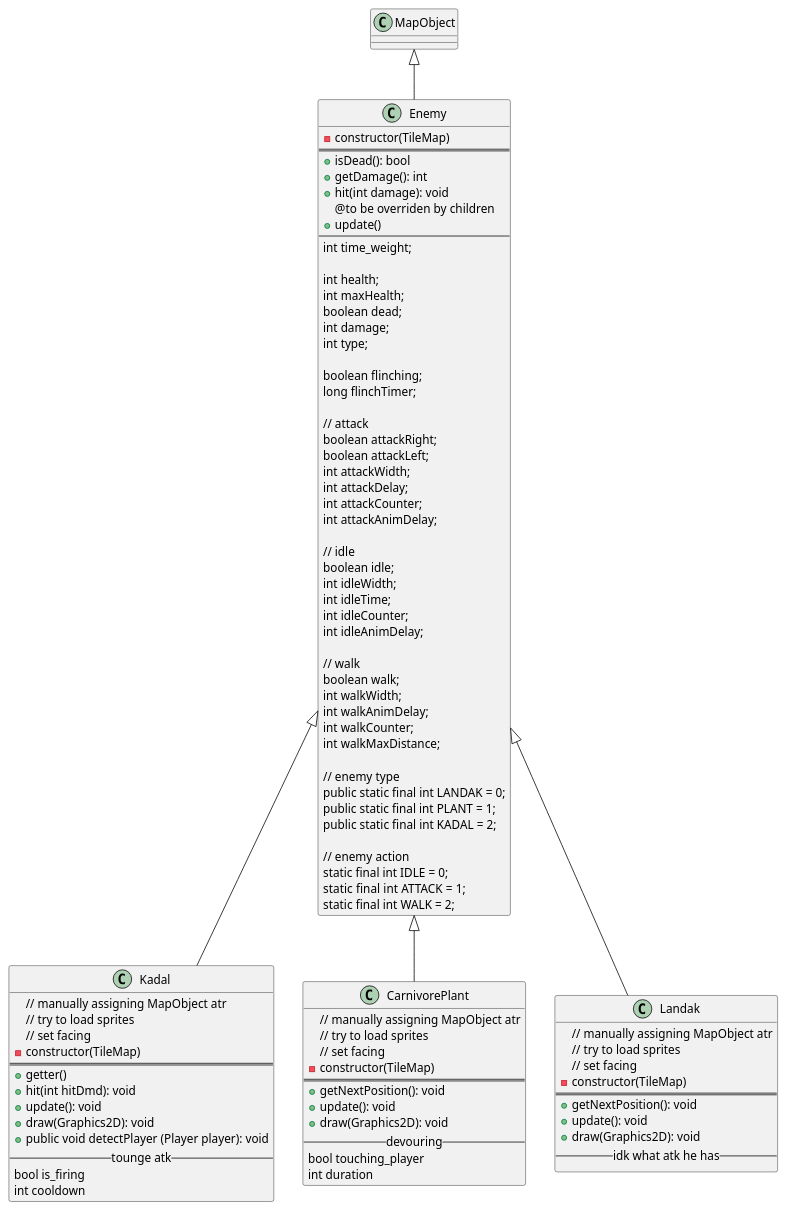
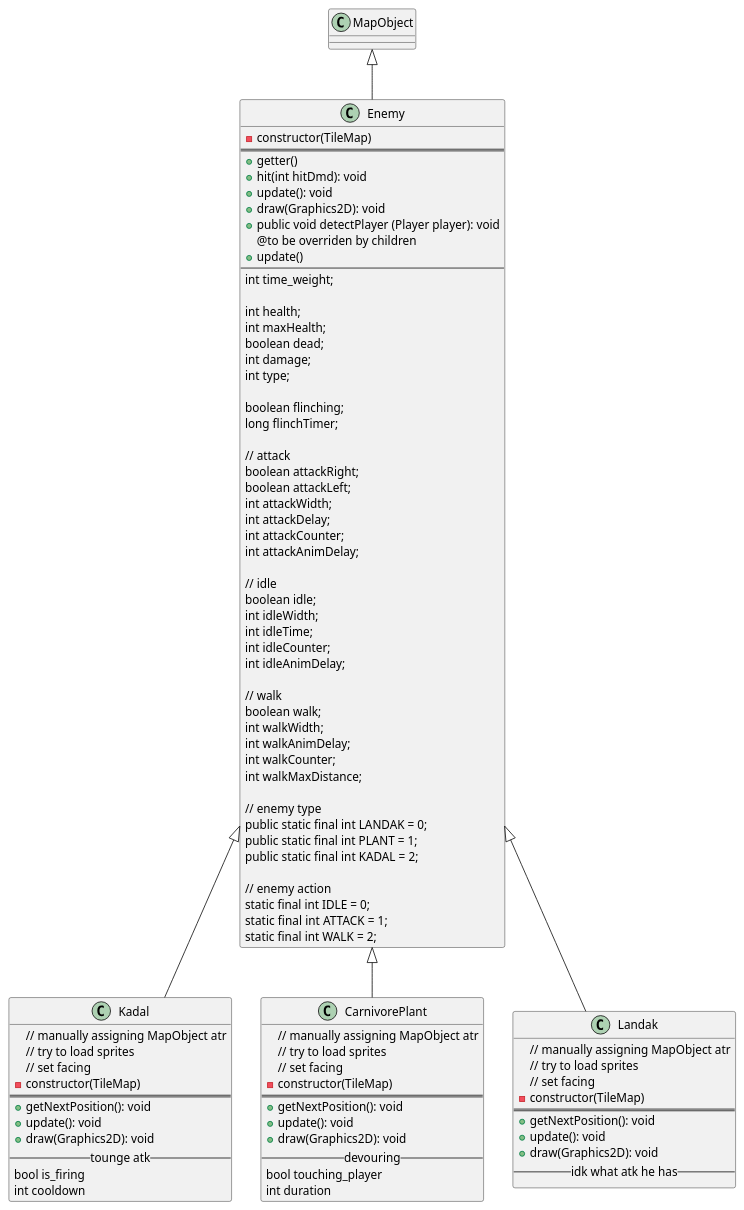
Before and after one commit to ryohilmi/peebojump: the diagram in src/Diagram/EntityClassDiagram/Enemy.puml, drawn with PlantUML.

Commit message:
feat: fix Diagram Enemy dan kadal

```diff
--- a/src/Diagram/EntityClassDiagram/Enemy.puml
+++ b/src/Diagram/EntityClassDiagram/Enemy.puml
@@ -1,96 +1,96 @@
 @startuml
 class Enemy extends MapObject{
 - constructor(TileMap)
 ==
-+ isDead(): bool
-+ getDamage(): int
-+ hit(int damage): void
++ getter()
++ hit(int hitDmd): void
++ update(): void
++ draw(Graphics2D): void
++ public void detectPlayer (Player player): void
 @to be overriden by children
 + update()
 --
 int time_weight;
 
 int health;
 int maxHealth;
 boolean dead;
 int damage;
 int type;
 
 boolean flinching;
 long flinchTimer;
 
 // attack
 boolean attackRight;
 boolean attackLeft;
 int attackWidth;
 int attackDelay;
 int attackCounter;
 int attackAnimDelay;
 
 // idle
 boolean idle;
 int idleWidth;
 int idleTime;
 int idleCounter;
 int idleAnimDelay;
 
 // walk
 boolean walk;
 int walkWidth;
 int walkAnimDelay;
 int walkCounter;
 int walkMaxDistance;
 
 // enemy type
 public static final int LANDAK = 0;
 public static final int PLANT = 1;
 public static final int KADAL = 2;
 
 // enemy action
 static final int IDLE = 0;
 static final int ATTACK = 1;
 static final int WALK = 2;
 }
 class Kadal {
 // manually assigning MapObject atr
 // try to load sprites
 // set facing
 - constructor(TileMap)
 ==
-+ getter()
-+ hit(int hitDmd): void
++ getNextPosition(): void
 + update(): void
 + draw(Graphics2D): void
-+ public void detectPlayer (Player player): void
 --tounge atk--
 bool is_firing
 int cooldown
 }
 class CarnivorePlant {
 // manually assigning MapObject atr
 // try to load sprites
 // set facing
 - constructor(TileMap)
 ==
 + getNextPosition(): void
 + update(): void
 + draw(Graphics2D): void
 --devouring--
 bool touching_player
 int duration
 }
 class Landak {
 // manually assigning MapObject atr
 // try to load sprites
 // set facing
 - constructor(TileMap)
 ==
 + getNextPosition(): void
 + update(): void
 + draw(Graphics2D): void
 --idk what atk he has--
 }
 Enemy <|-- Landak
 Enemy <|-- Kadal
 Enemy <|-- CarnivorePlant
 @enduml
```
